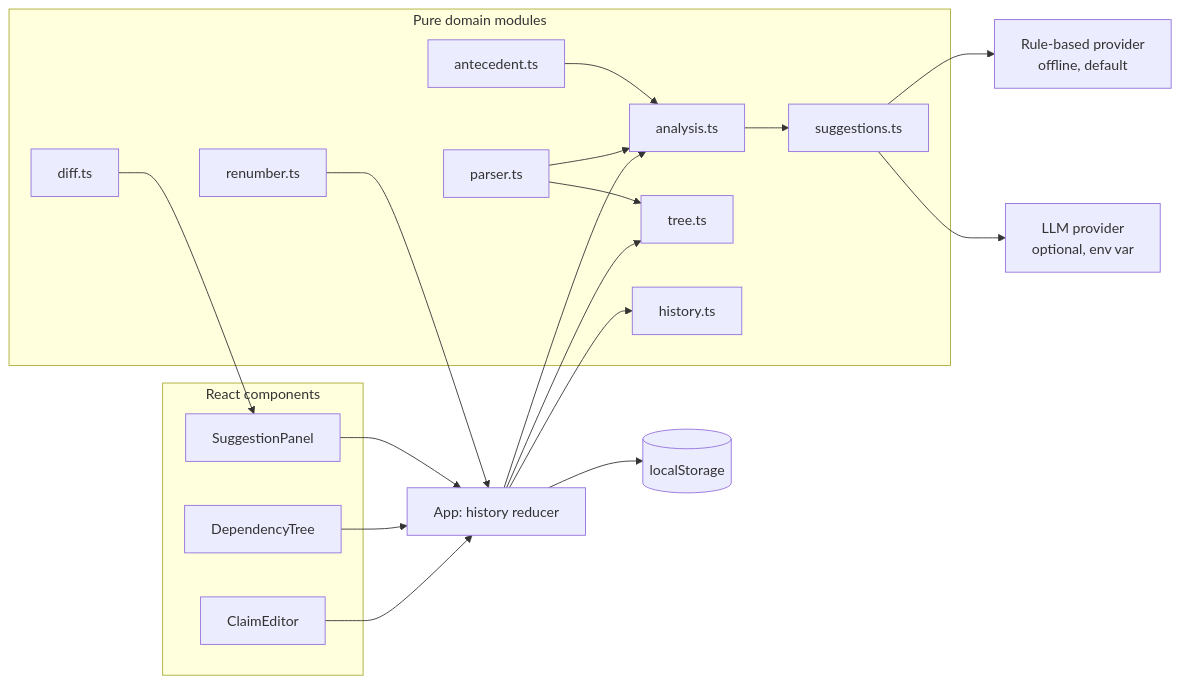
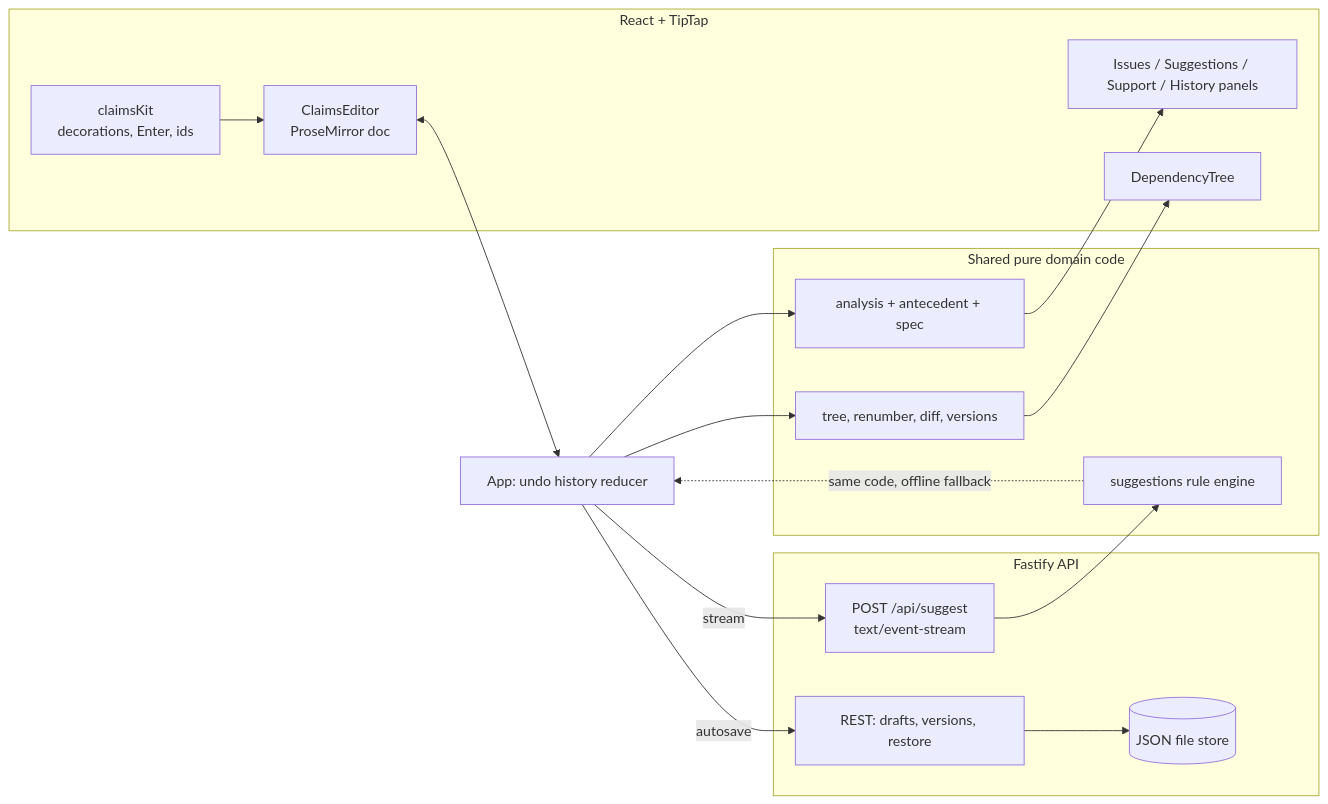
Before and after one commit to dhia-eddine-mahdaoui/patent-claim-editor: the diagram in README.md, drawn with Mermaid. The commit also changed other lines of this file and 55 other files, not shown here.

Commit message:
Rebuild as a full-stack editor: TipTap claims, Fastify API with SSE suggestions, spec support, versions, e2e and demo

````diff
--- a/README.md
+++ b/README.md
@@ -28,38 +61,27 @@
 ```mermaid
 flowchart LR
-  subgraph UI[React components]
-    E[ClaimEditor]
-    T[DependencyTree]
-    S[SuggestionPanel]
+  subgraph UI[React + TipTap]
+    ED[ClaimsEditor<br/>ProseMirror doc]
+    DEC[claimsKit<br/>decorations, Enter, ids]
+    PN[Issues / Suggestions / Support / History panels]
+    TR[DependencyTree]
   end
-  A[App: history reducer]
-  subgraph D[Pure domain modules]
-    P[parser.ts]
-    AB[antecedent.ts]
-    AN[analysis.ts]
-    TR[tree.ts]
-    RN[renumber.ts]
-    SG[suggestions.ts]
-    DF[diff.ts]
-    H[history.ts]
+  A[App: undo history reducer]
+  subgraph D[Shared pure domain code]
+    AN[analysis + antecedent + spec]
+    SG[suggestions rule engine]
+    TT[tree, renumber, diff, versions]
   end
-  RB[Rule-based provider<br/>offline, default]
-  LLM[LLM provider<br/>optional, env var]
-  LS[(localStorage)]
-
-  E --> A
-  T --> A
-  S --> A
-  A --> AN
-  A --> TR
-  A --> H
-  P --> AN
-  AB --> AN
-  P --> TR
-  AN --> SG
-  SG --> RB
-  SG --> LLM
-  DF --> S
-  RN --> A
-  A --> LS
+  subgraph S[Fastify API]
+    R[REST: drafts, versions, restore]
+    SSE[POST /api/suggest<br/>text/event-stream]
+    ST[(JSON file store)]
+  end
+  ED <--> A
+  DEC --> ED
+  A --> AN --> PN
+  A --> TT --> TR
+  A -- autosave --> R --> ST
+  A -- stream --> SSE --> SG
+  SG -. same code, offline fallback .-> A
 ```
````
